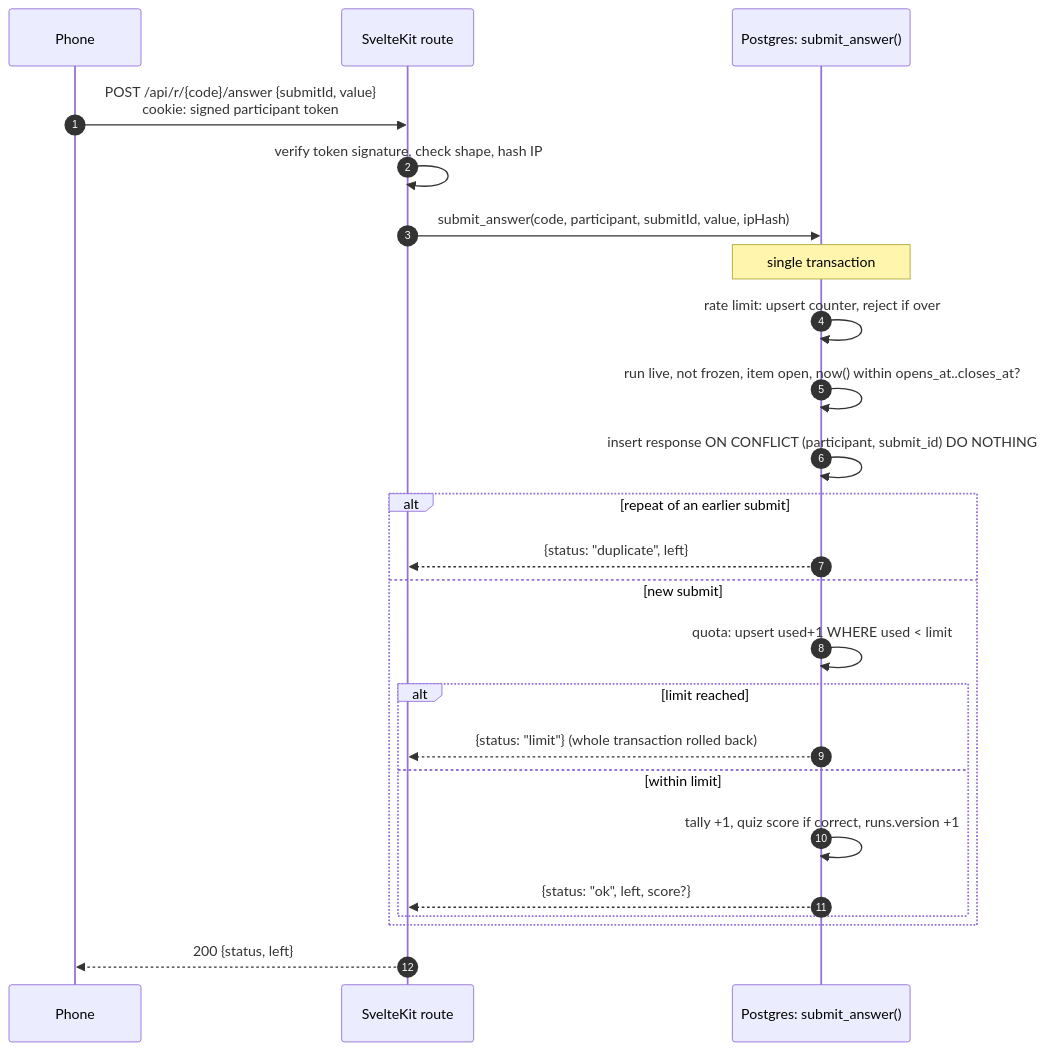
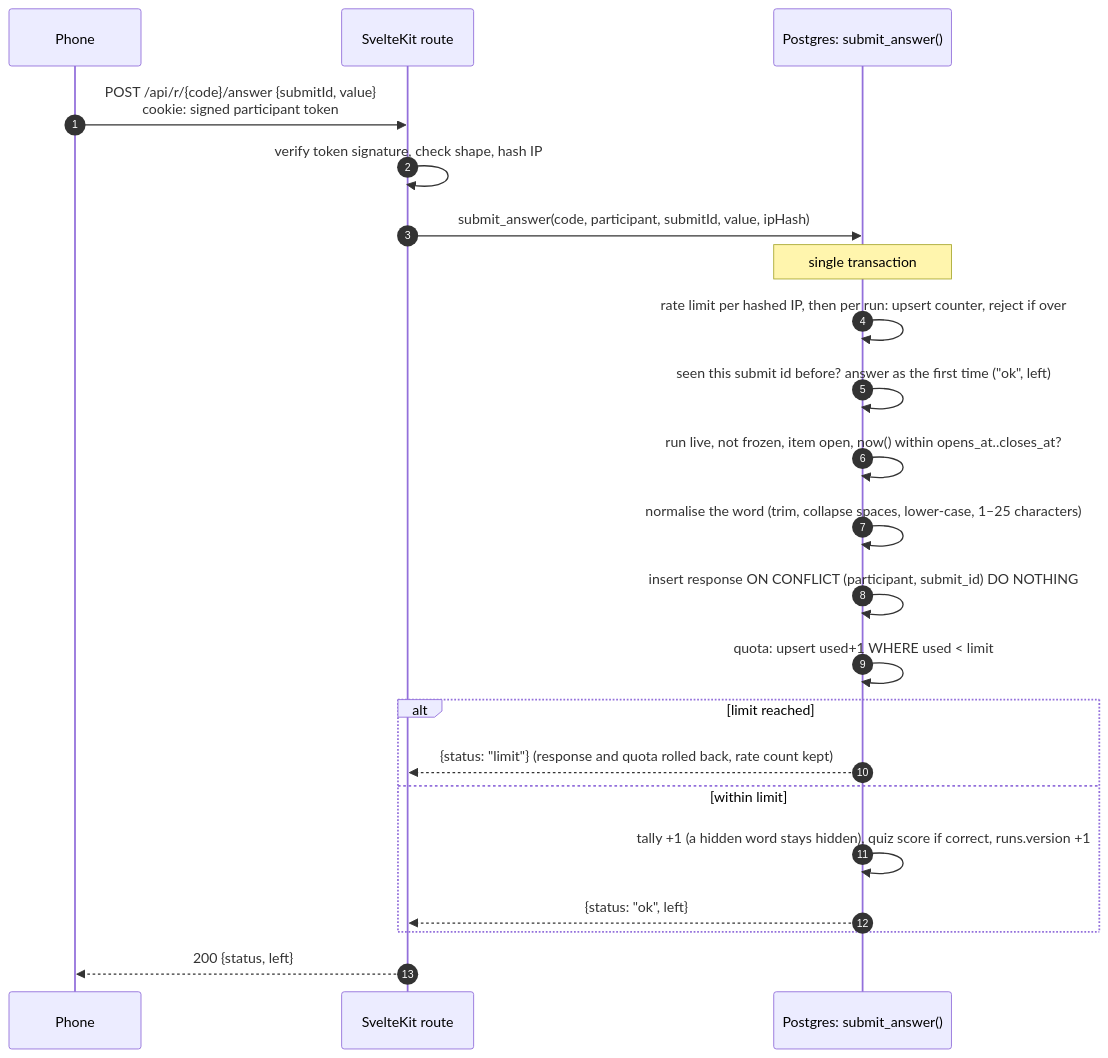
Before and after one commit to shahil1dn/volley: the seventh of 10 diagrams in docs/ARCHITECTURE.md, drawn with Mermaid. The commit also changed 8 other files, not shown here.

First line of the commit message:
feat: submit_answer enforces every word-cloud rule in one transaction (S3)

````diff
--- a/docs/ARCHITECTURE.md
+++ b/docs/ARCHITECTURE.md
@@ -217,27 +217,25 @@
 ```mermaid
 sequenceDiagram
   autonumber
   participant Ph as Phone
   participant Fn as SvelteKit route
   participant Db as Postgres: submit_answer()
 
   Ph->>Fn: POST /api/r/{code}/answer {submitId, value}<br/>cookie: signed participant token
   Fn->>Fn: verify token signature, check shape, hash IP
   Fn->>Db: submit_answer(code, participant, submitId, value, ipHash)
   Note over Db: single transaction
-  Db->>Db: rate limit: upsert counter, reject if over
+  Db->>Db: rate limit per hashed IP, then per run: upsert counter, reject if over
+  Db->>Db: seen this submit id before? answer as the first time ("ok", left)
   Db->>Db: run live, not frozen, item open, now() within opens_at..closes_at?
+  Db->>Db: normalise the word (trim, collapse spaces, lower-case, 1–25 characters)
   Db->>Db: insert response ON CONFLICT (participant, submit_id) DO NOTHING
-  alt repeat of an earlier submit
-    Db-->>Fn: {status: "duplicate", left}
-  else new submit
-    Db->>Db: quota: upsert used+1 WHERE used < limit
-    alt limit reached
-      Db-->>Fn: {status: "limit"} (whole transaction rolled back)
-    else within limit
-      Db->>Db: tally +1, quiz score if correct, runs.version +1
-      Db-->>Fn: {status: "ok", left, score?}
-    end
+  Db->>Db: quota: upsert used+1 WHERE used < limit
+  alt limit reached
+    Db-->>Fn: {status: "limit"} (response and quota rolled back, rate count kept)
+  else within limit
+    Db->>Db: tally +1 (a hidden word stays hidden), quiz score if correct, runs.version +1
+    Db-->>Fn: {status: "ok", left}
   end
   Fn-->>Ph: 200 {status, left}
 ```
````
